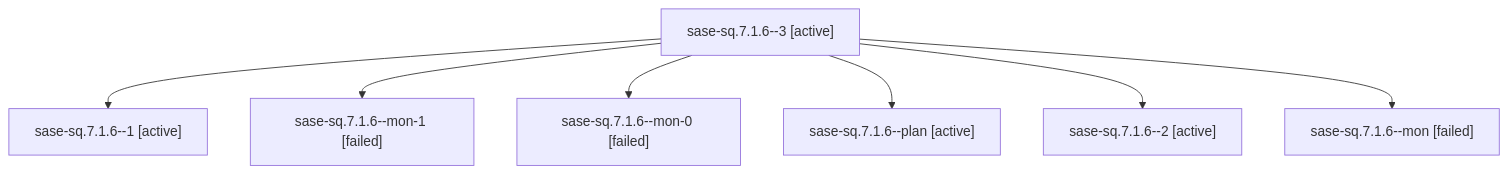
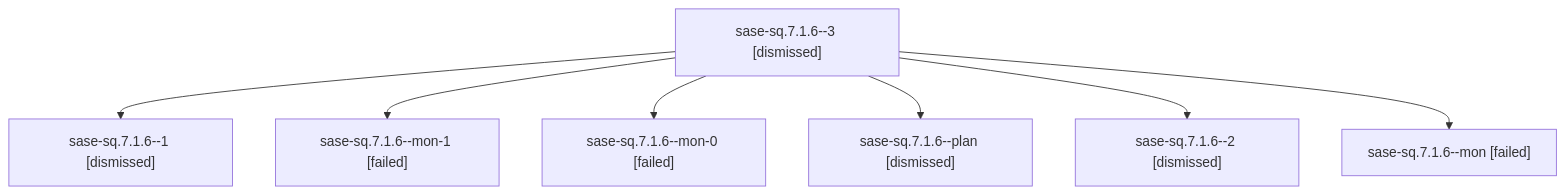
The diagram in sessions/bbugyi200.athena.sase-sq.7.1.6.md (sase-org/sase--agents), drawn with Mermaid before and after one commit. The commit also changed other lines of this file and 189 other files, not shown here.

````diff
--- a/sessions/bbugyi200.athena.sase-sq.7.1.6.md
+++ b/sessions/bbugyi200.athena.sase-sq.7.1.6.md
@@ -9,16 +9,16 @@
 ```mermaid
 flowchart TD
-  n0["sase-sq.7.1.6--3 [active]"]
-  n1["sase-sq.7.1.6--1 [active]"]
+  n0["sase-sq.7.1.6--3 [dismissed]"]
+  n1["sase-sq.7.1.6--1 [dismissed]"]
   n0 --> n1
   n2["sase-sq.7.1.6--mon-1 [failed]"]
   n0 --> n2
   n3["sase-sq.7.1.6--mon-0 [failed]"]
   n0 --> n3
-  n4["sase-sq.7.1.6--plan [active]"]
+  n4["sase-sq.7.1.6--plan [dismissed]"]
   n0 --> n4
-  n5["sase-sq.7.1.6--2 [active]"]
+  n5["sase-sq.7.1.6--2 [dismissed]"]
   n0 --> n5
   n6["sase-sq.7.1.6--mon [failed]"]
   n0 --> n6
 ```
````
